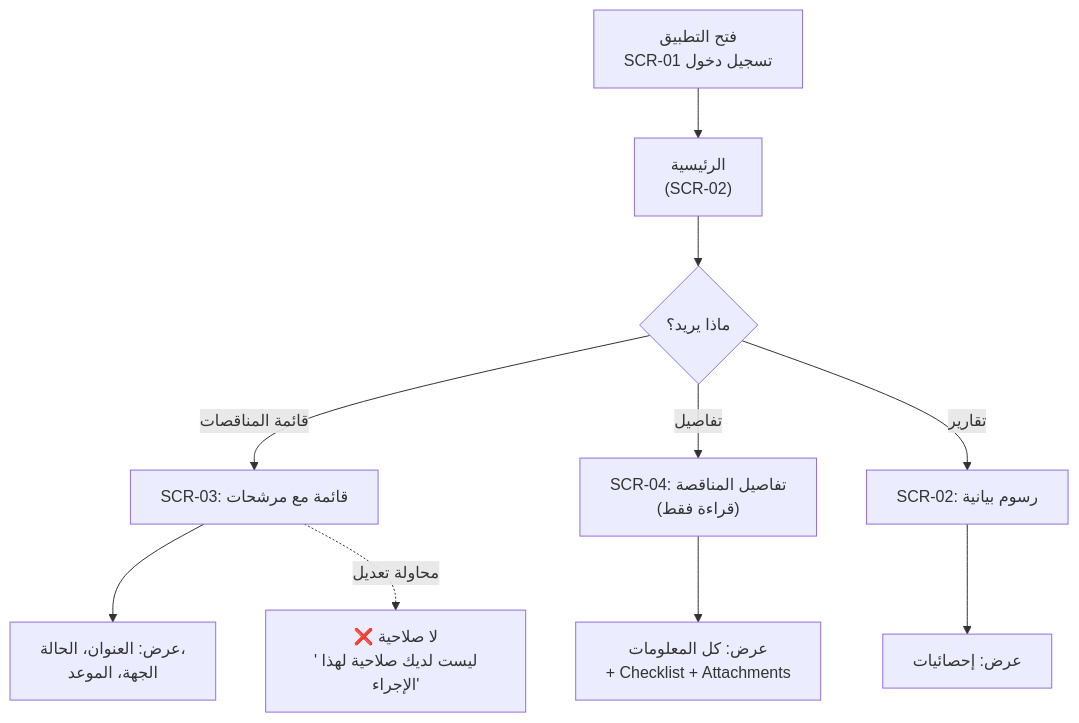
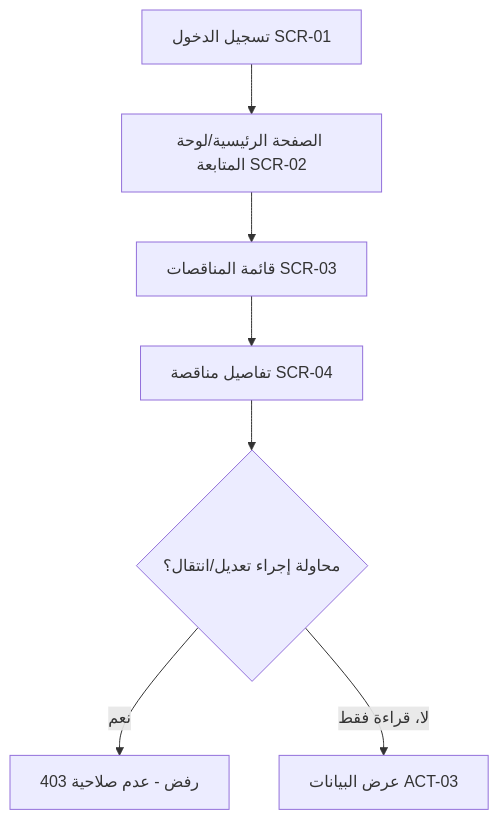
The seventh of 7 diagrams in docs/design/03-user-journeys.md (Fares-code0/tender_x), drawn with Mermaid before and after one commit. The commit also changed other lines of this file and 4 other files, not shown here.

````diff
--- a/docs/design/03-user-journeys.md
+++ b/docs/design/03-user-journeys.md
@@ -211,12 +188,9 @@
 ```mermaid
 flowchart TD
-    A["فتح التطبيق<br/>SCR-01 تسجيل دخول"] --> B["الرئيسية<br/>(SCR-02)"] 
-    B --> C{"ماذا يريد؟"}
-    C -->|"قائمة المناقصات"|D["SCR-03: قائمة مع مرشحات"]
-    C -->|"تفاصيل"|E["SCR-04: تفاصيل المناقصة<br/>(قراءة فقط)"]
-    C -->|"تقارير"|F["SCR-02: رسوم بيانية"]
-    D --> G["عرض: العنوان، الحالة،<br/>الجهة، الموعد"]
-    E --> H["عرض: كل المعلومات<br/>+ Checklist + Attachments"]
-    F --> I["عرض: إحصائيات"]
-    D -.->|"محاولة تعديل"|J["❌ لا صلاحية<br/>'ليست لديك صلاحية لهذا الإجراء'"]
+    A[تسجيل الدخول SCR-01] --> B[الصفحة الرئيسية/لوحة المتابعة SCR-02]
+    B --> C[قائمة المناقصات SCR-03]
+    C --> D[تفاصيل مناقصة SCR-04]
+    D --> E{محاولة إجراء تعديل/انتقال؟}
+    E -->|نعم| F[رفض - عدم صلاحية 403]
+    E -->|لا، قراءة فقط| G[عرض البيانات ACT-03]
 ```
````
